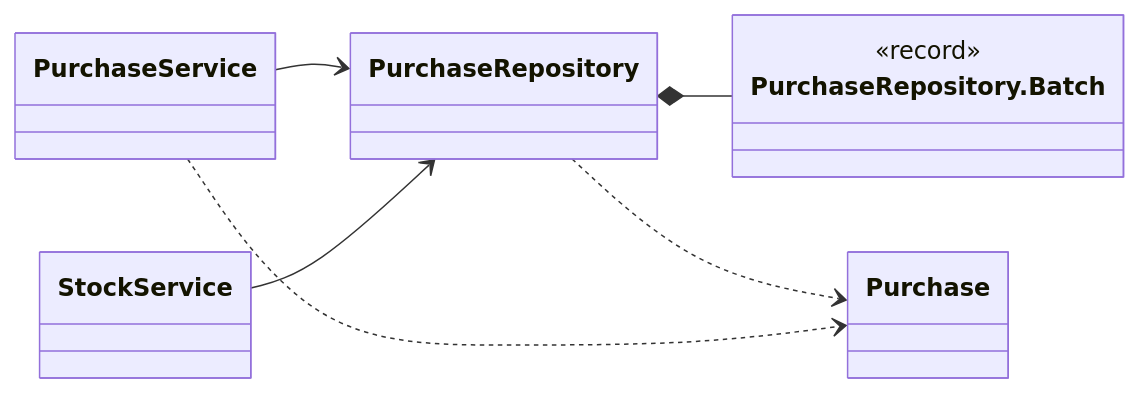
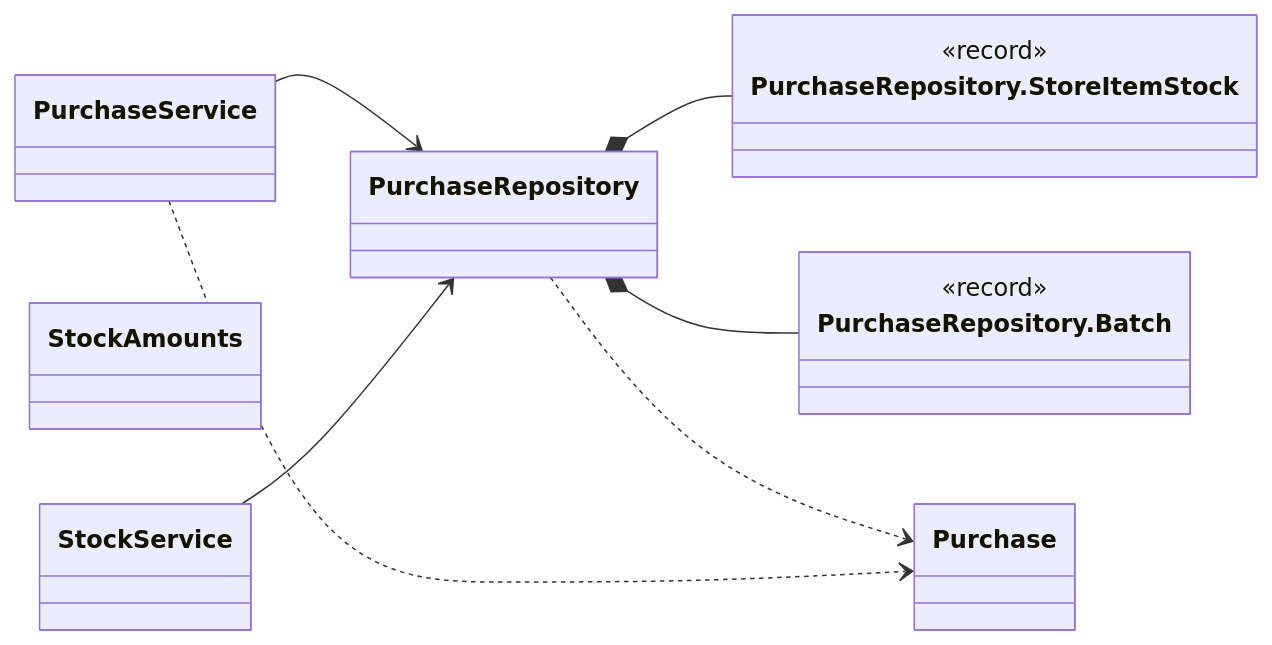
Before and after one commit to Nate-ryan-7690/dahaem: the first of 8 diagrams in docs/classes/finance.md, drawn with Mermaid. The commit also changed other lines of this file and 8 other files, not shown here.

````diff
--- a/docs/classes/finance.md
+++ b/docs/classes/finance.md
@@ -11,16 +11,21 @@
 ```mermaid
 classDiagram
     direction LR
     class finance_Purchase["Purchase"]
     class finance_PurchaseRepository["PurchaseRepository"]
+    class finance_PurchaseRepository_StoreItemStock["PurchaseRepository.StoreItemStock"] {
+        <<record>>
+    }
     class finance_PurchaseRepository_Batch["PurchaseRepository.Batch"] {
         <<record>>
     }
     class finance_PurchaseService["PurchaseService"]
+    class finance_StockAmounts["StockAmounts"]
     class finance_StockService["StockService"]
+    finance_PurchaseRepository *-- finance_PurchaseRepository_StoreItemStock
     finance_PurchaseRepository *-- finance_PurchaseRepository_Batch
     finance_PurchaseRepository ..> finance_Purchase
     finance_PurchaseService --> finance_PurchaseRepository
     finance_PurchaseService ..> finance_Purchase
     finance_StockService --> finance_PurchaseRepository
 ```
````
